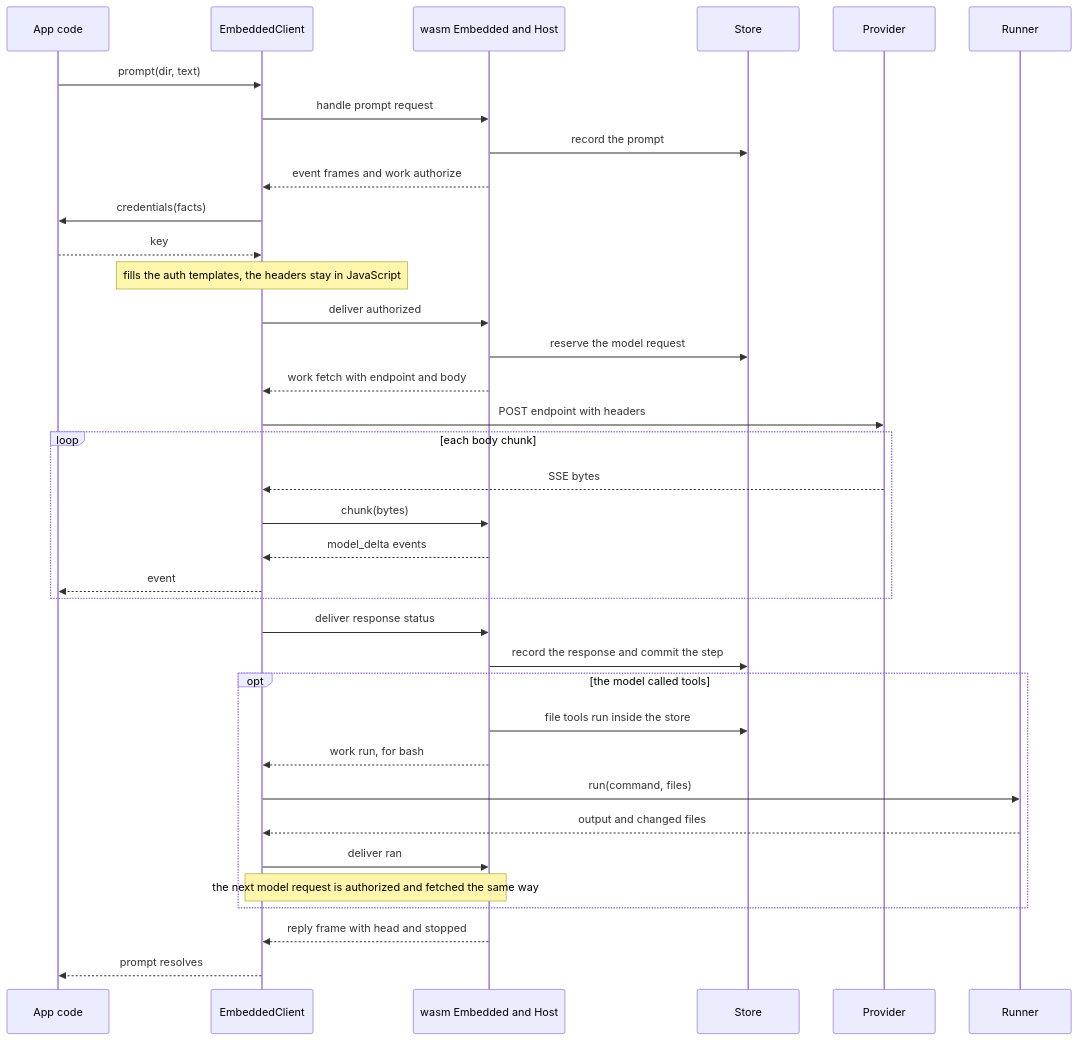
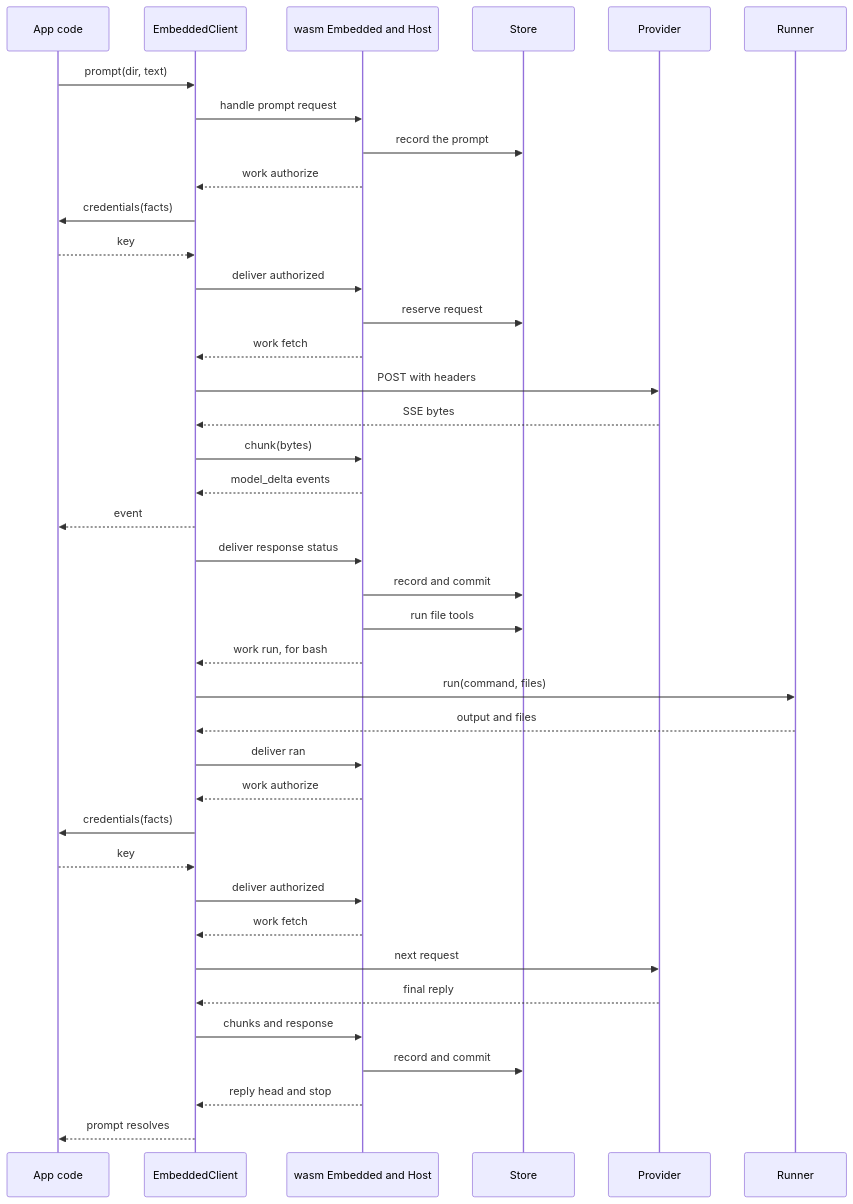
One commit to SiliconState/Spindle changed the second of 2 diagrams in docs/embedded.md. Above: the diagram before and after it, drawn with Mermaid. The commit also changed other lines of this file and 128 other files, not shown here.

````diff
--- a/docs/embedded.md
+++ b/docs/embedded.md
@@ -298,39 +308,42 @@
 ```mermaid
 sequenceDiagram
   participant A as App code
   participant C as EmbeddedClient
   participant E as wasm Embedded and Host
   participant S as Store
   participant P as Provider
   participant R as Runner
 
   A->>C: prompt(dir, text)
   C->>E: handle prompt request
   E->>S: record the prompt
-  E-->>C: event frames and work authorize
+  E-->>C: work authorize
   C->>A: credentials(facts)
   A-->>C: key
-  Note over C: fills the auth templates, the headers stay in JavaScript
   C->>E: deliver authorized
-  E->>S: reserve the model request
-  E-->>C: work fetch with endpoint and body
-  C->>P: POST endpoint with headers
-  loop each body chunk
-    P-->>C: SSE bytes
-    C->>E: chunk(bytes)
-    E-->>C: model_delta events
-    C-->>A: event
-  end
+  E->>S: reserve request
+  E-->>C: work fetch
+  C->>P: POST with headers
+  P-->>C: SSE bytes
+  C->>E: chunk(bytes)
+  E-->>C: model_delta events
+  C-->>A: event
   C->>E: deliver response status
-  E->>S: record the response and commit the step
-  opt the model called tools
-    E->>S: file tools run inside the store
-    E-->>C: work run, for bash
-    C->>R: run(command, files)
-    R-->>C: output and changed files
-    C->>E: deliver ran
-    Note over E,C: the next model request is authorized and fetched the same way
-  end
-  E-->>C: reply frame with head and stopped
+  E->>S: record and commit
+  E->>S: run file tools
+  E-->>C: work run, for bash
+  C->>R: run(command, files)
+  R-->>C: output and files
+  C->>E: deliver ran
+  E-->>C: work authorize
+  C->>A: credentials(facts)
+  A-->>C: key
+  C->>E: deliver authorized
+  E-->>C: work fetch
+  C->>P: next request
+  P-->>C: final reply
+  C->>E: chunks and response
+  E->>S: record and commit
+  E-->>C: reply head and stop
   C-->>A: prompt resolves
 ```
````
